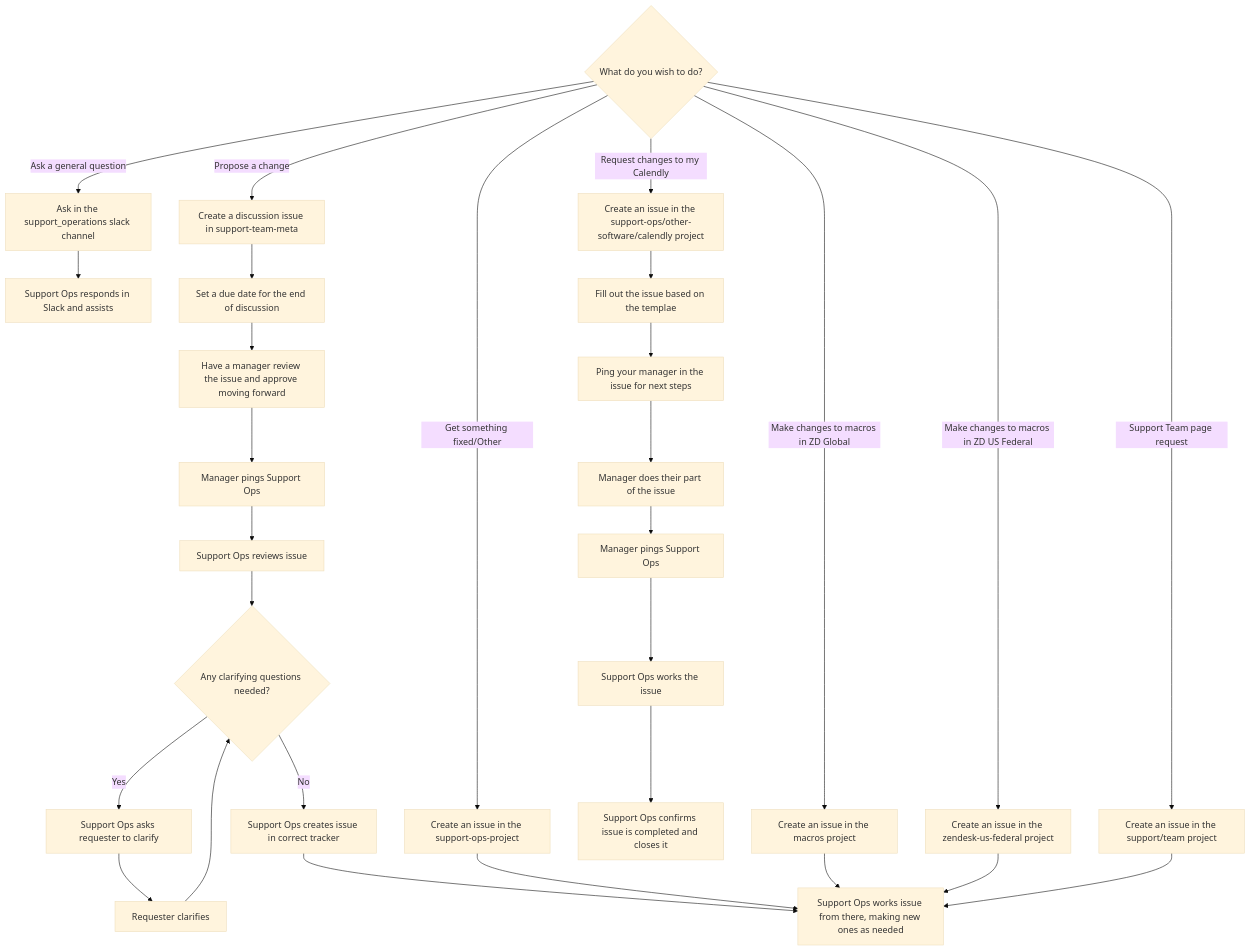
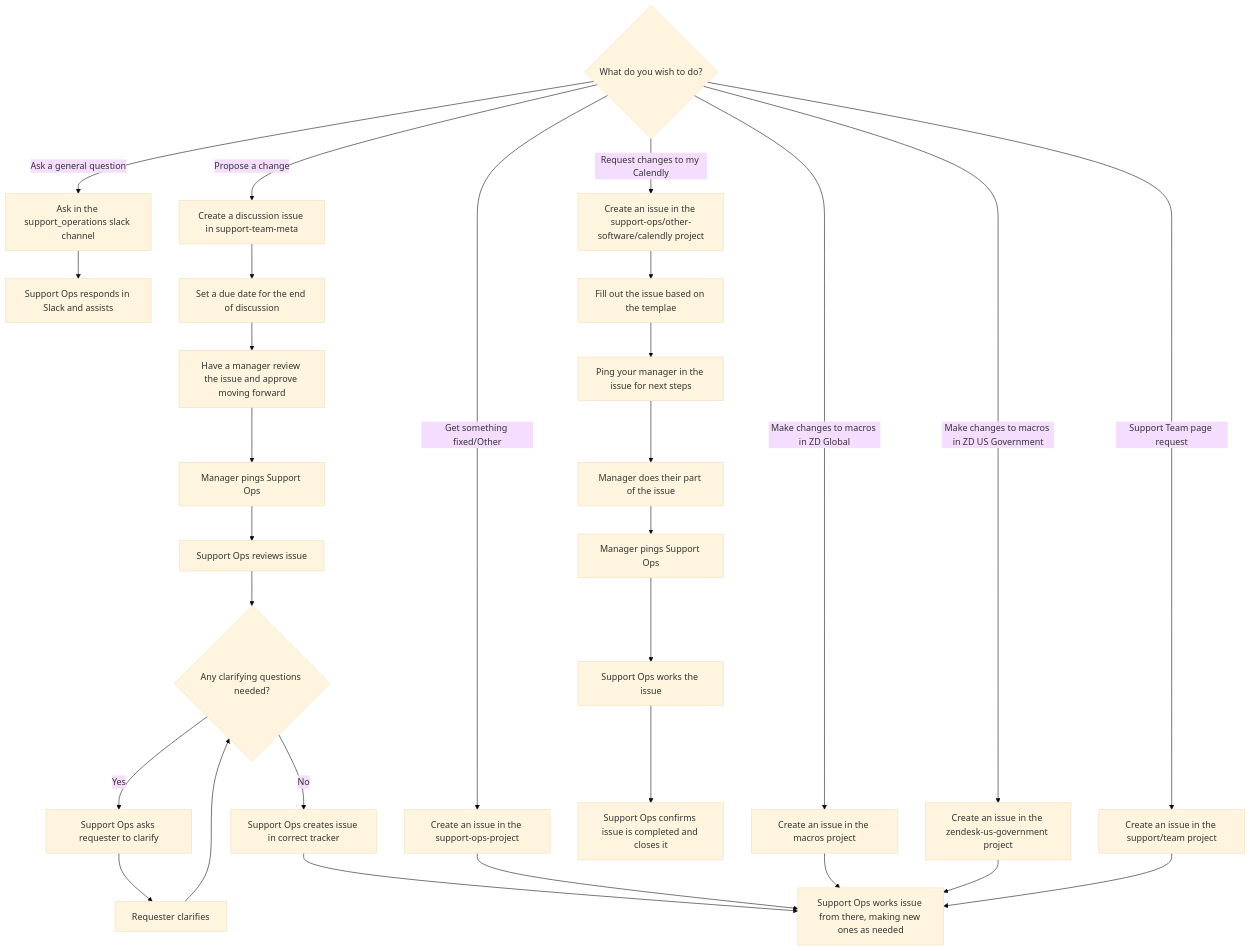
One commit to secretstartups/handbook changed the diagram in content/handbook/support/workflows/working_with_support_ops.md. Above: the diagram before and after it, drawn with Mermaid (base theme). The commit also changed other lines of this file and 6 other files, not shown here.

````diff
--- a/content/handbook/support/workflows/working_with_support_ops.md
+++ b/content/handbook/support/workflows/working_with_support_ops.md
@@ -151,55 +151,55 @@
 ```mermaid
 graph TD;
   Start -- "Ask a general question" --> Slack;
   Start -- "Request changes to my Calendly" --> Calendly;
   Start -- "Propose a change" --> SupportTeamMeta;
   Start -- "Get something fixed/Other" --> SupportOpsProject;
   Start -- "Make changes to macros in ZD Global" --> ZendeskMacros;
-  Start -- "Make changes to macros in ZD US Federal" --> ZendeskUsFederal;
+  Start -- "Make changes to macros in ZD US Government" --> ZendeskUsGovernment;
   Start -- "Support Team page request" --> SupportTeam;
   Slack --> SlackResponds;
   Calendly --> CalendlyFillOutIssue;
   CalendlyFillOutIssue --> CalendlyPingManager;
   CalendlyPingManager --> CalendlyManagerFillOutIssue;
   CalendlyManagerFillOutIssue --> CalendlyManagerPingSupportOps;
   CalendlyManagerPingSupportOps --> CalendlySupportOpsWorksIssue;
   CalendlySupportOpsWorksIssue --> CalendlySupportOpsDone;
   SupportTeamMeta --> SupportTeamMetaDueDate;
   SupportTeamMetaDueDate --> SupportTeamMetaManagerApprove;
   SupportTeamMetaManagerApprove --> SupportTeamMetaManagerPingSupportOps;
   SupportTeamMetaManagerPingSupportOps --> SupportTeamMetaOpsReview;
   SupportTeamMetaOpsReview --> SupportTeamMetaOpsQuestions;
   SupportTeamMetaOpsQuestions -- "Yes" --> SupportTeamMetaOpsAsk;
   SupportTeamMetaOpsAsk --> SupportTeamMetaOpsRequesterClarifies;
   SupportTeamMetaOpsRequesterClarifies --> SupportTeamMetaOpsQuestions;
   SupportTeamMetaOpsQuestions -- "No" --> SupportTeamMetaOpsCreatesIssue;
   SupportTeamMetaOpsCreatesIssue --> OpsWorksIssue;
   SupportOpsProject --> OpsWorksIssue;
   ZendeskMacros --> OpsWorksIssue;
-  ZendeskUsFederal --> OpsWorksIssue;
+  ZendeskUsGovernment --> OpsWorksIssue;
   SupportTeam --> OpsWorksIssue;
   Start{"What do you wish to do?"};
   Slack["Ask in the support_operations slack channel"];
   SlackResponds["Support Ops responds in Slack and assists"];
   Calendly["Create an issue in the support-ops/other-software/calendly project"];
   CalendlyFillOutIssue["Fill out the issue based on the templae"];
   CalendlyPingManager["Ping your manager in the issue for next steps"];
   CalendlyManagerFillOutIssue["Manager does their part of the issue"];
   CalendlyManagerPingSupportOps["Manager pings Support Ops"];
   CalendlySupportOpsWorksIssue["Support Ops works the issue"];
   CalendlySupportOpsDone["Support Ops confirms issue is completed and closes it"];
   SupportTeamMeta["Create a discussion issue in support-team-meta"];
   SupportTeamMetaDueDate["Set a due date for the end of discussion"];
   SupportTeamMetaManagerApprove["Have a manager review the issue and approve moving forward"];
   SupportTeamMetaManagerPingSupportOps["Manager pings Support Ops"];
   SupportTeamMetaOpsReview["Support Ops reviews issue"];
   SupportTeamMetaOpsQuestions{"Any clarifying questions needed?"};
   SupportTeamMetaOpsAsk["Support Ops asks requester to clarify"];
   SupportTeamMetaOpsRequesterClarifies["Requester clarifies"];
   SupportTeamMetaOpsCreatesIssue["Support Ops creates issue in correct tracker"];
   SupportOpsProject["Create an issue in the support-ops-project"];
   OpsWorksIssue["Support Ops works issue from there, making new ones as needed"];
   ZendeskMacros["Create an issue in the macros project"];
-  ZendeskUsFederal["Create an issue in the zendesk-us-federal project"];
+  ZendeskUsGovernment["Create an issue in the zendesk-us-government project"];
   SupportTeam["Create an issue in the support/team project"];
 ```
````
